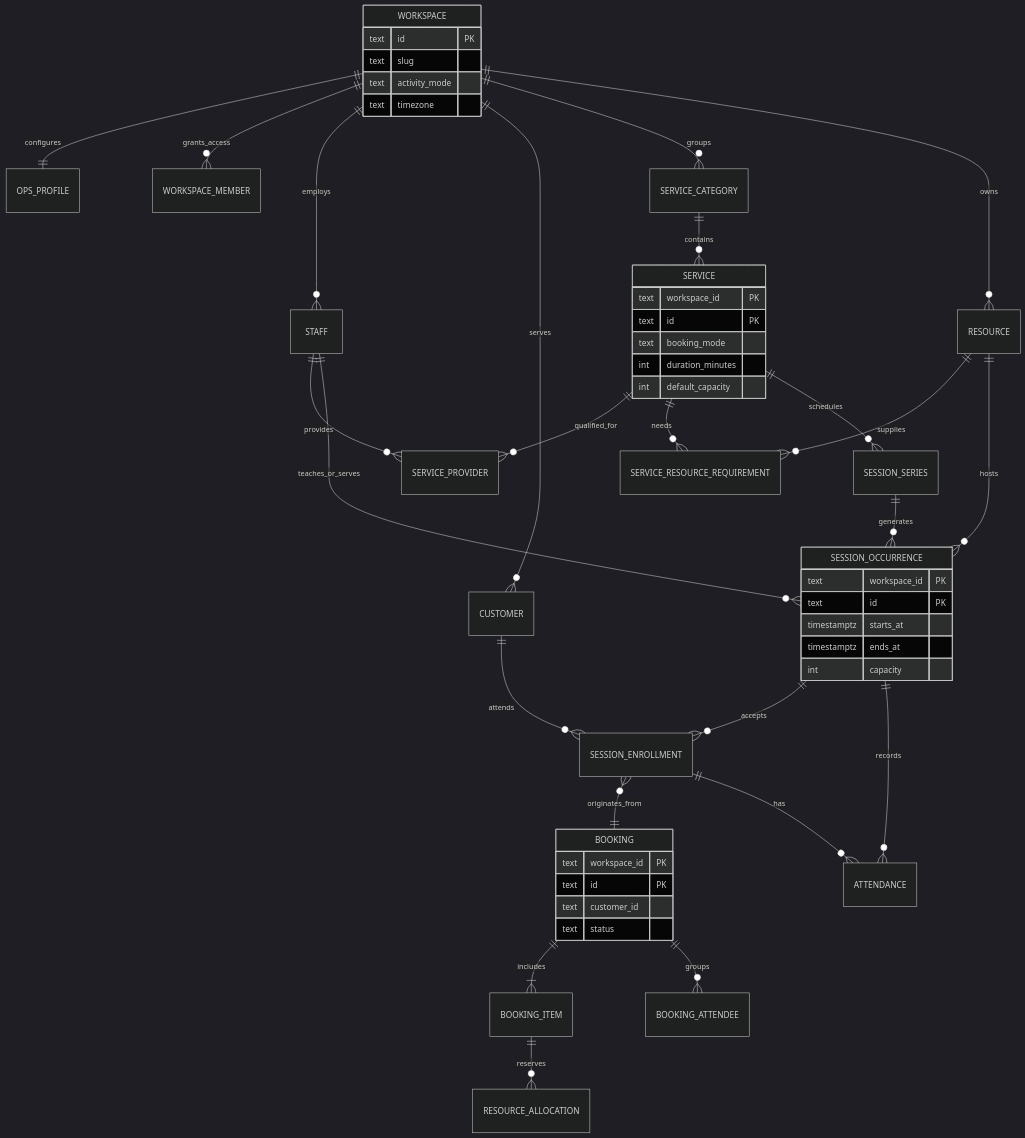
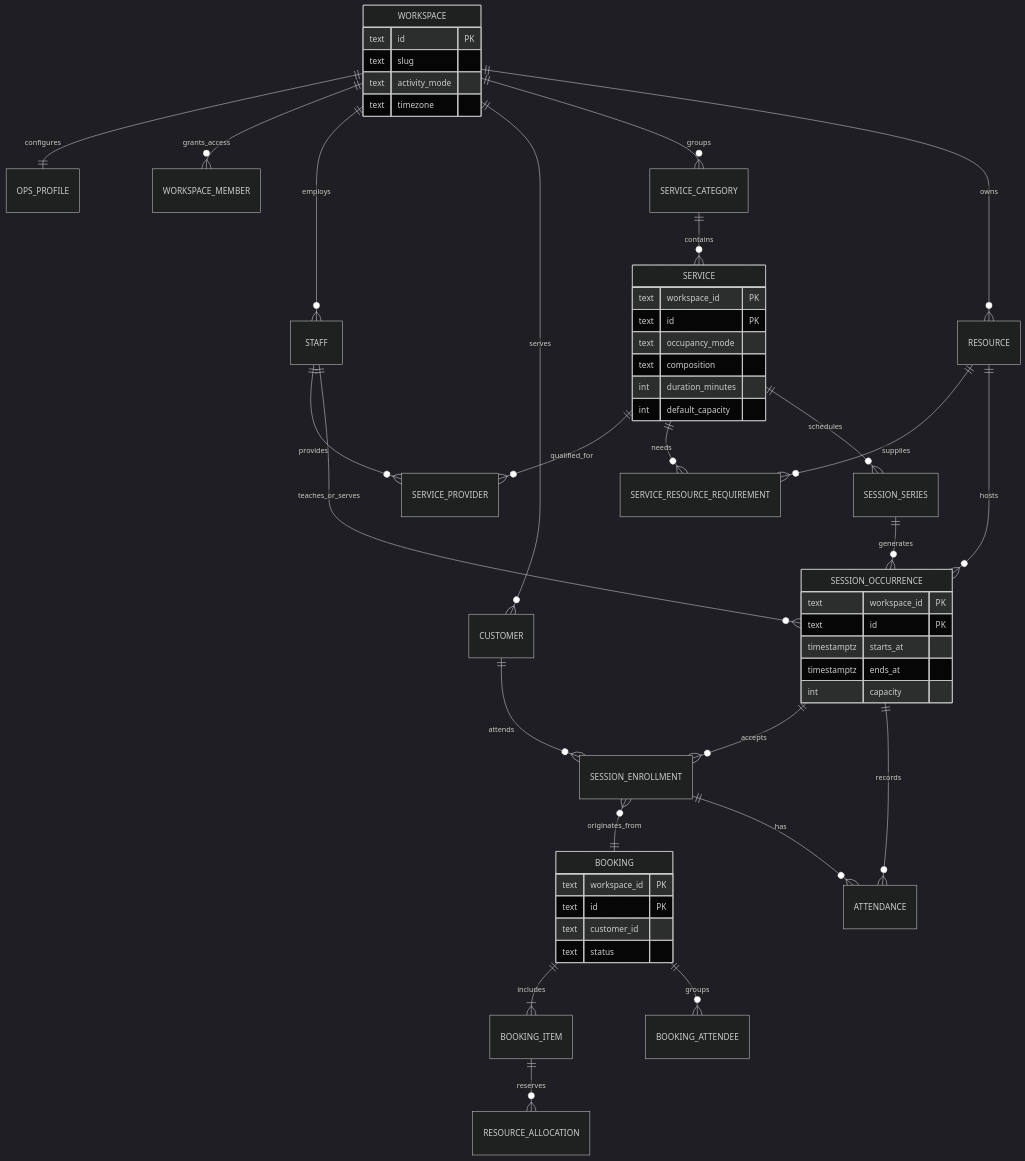
Before and after one commit to HFakhry81/maw3ed: the diagram in docs/WORKSPACE_CAPACITY_MODEL_EDUCATION_AND_VERTICALS.md, drawn with Mermaid (dark theme). The commit also changed other lines of this file and 10 other files, not shown here.

````diff
--- a/docs/WORKSPACE_CAPACITY_MODEL_EDUCATION_AND_VERTICALS.md
+++ b/docs/WORKSPACE_CAPACITY_MODEL_EDUCATION_AND_VERTICALS.md
@@ -81,53 +81,54 @@
 ```mermaid
 erDiagram
   WORKSPACE ||--|| OPS_PROFILE : configures
   WORKSPACE ||--o{ WORKSPACE_MEMBER : grants_access
   WORKSPACE ||--o{ STAFF : employs
   WORKSPACE ||--o{ CUSTOMER : serves
   WORKSPACE ||--o{ SERVICE_CATEGORY : groups
   SERVICE_CATEGORY ||--o{ SERVICE : contains
   SERVICE ||--o{ SERVICE_PROVIDER : qualified_for
   STAFF ||--o{ SERVICE_PROVIDER : provides
   WORKSPACE ||--o{ RESOURCE : owns
   SERVICE ||--o{ SERVICE_RESOURCE_REQUIREMENT : needs
   RESOURCE ||--o{ SERVICE_RESOURCE_REQUIREMENT : supplies
   SERVICE ||--o{ SESSION_SERIES : schedules
   SESSION_SERIES ||--o{ SESSION_OCCURRENCE : generates
   RESOURCE ||--o{ SESSION_OCCURRENCE : hosts
   STAFF ||--o{ SESSION_OCCURRENCE : teaches_or_serves
   SESSION_OCCURRENCE ||--o{ SESSION_ENROLLMENT : accepts
   CUSTOMER ||--o{ SESSION_ENROLLMENT : attends
   BOOKING ||--|{ BOOKING_ITEM : includes
   BOOKING ||--o{ BOOKING_ATTENDEE : groups
   BOOKING_ITEM ||--o{ RESOURCE_ALLOCATION : reserves
   SESSION_ENROLLMENT }o--|| BOOKING : originates_from
   SESSION_OCCURRENCE ||--o{ ATTENDANCE : records
   SESSION_ENROLLMENT ||--o{ ATTENDANCE : has
 
   WORKSPACE {
     text id PK
     text slug
     text activity_mode
     text timezone
   }
   SERVICE {
     text workspace_id PK
     text id PK
-    text booking_mode
+    text occupancy_mode
+    text composition
     int duration_minutes
     int default_capacity
   }
   SESSION_OCCURRENCE {
     text workspace_id PK
     text id PK
     timestamptz starts_at
     timestamptz ends_at
     int capacity
   }
   BOOKING {
     text workspace_id PK
     text id PK
     text customer_id
     text status
   }
 ```
````
